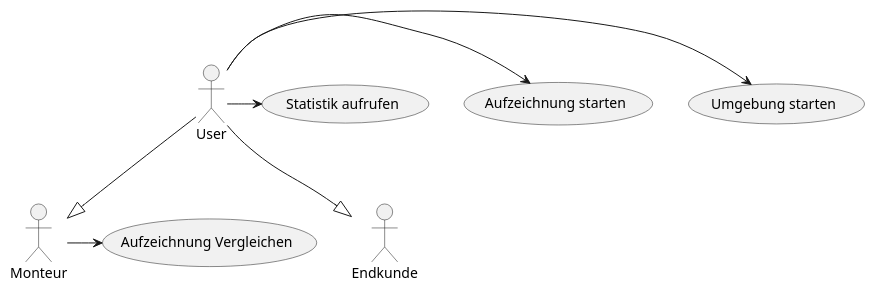
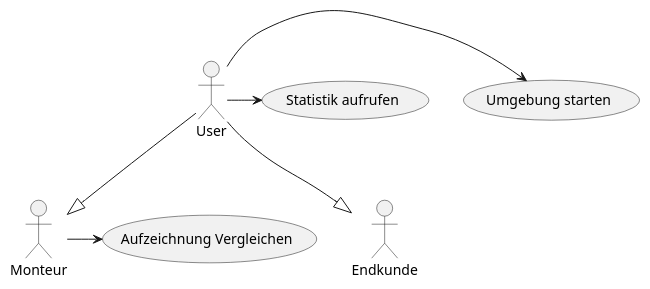
The third of 3 diagrams in documentation/3_use_cases.md (Gr33nOpo55um/EnOcean), drawn with PlantUML before and after one commit. The commit also changed other lines of this file and 2 other files, not shown here.

```diff
--- a/documentation/3_use_cases.md
+++ b/documentation/3_use_cases.md
@@ -31,16 +31,15 @@
 @startuml
 :User:
 :Monteur:
 :Endkunde:
 
 User --|> Endkunde
 User --|> Monteur
 
 
 User -> (Umgebung starten)
-User -> (Aufzeichnung starten) 
 User -> (Statistik aufrufen)
 
 Monteur -> (Aufzeichnung Vergleichen)
 
 @enduml
```
